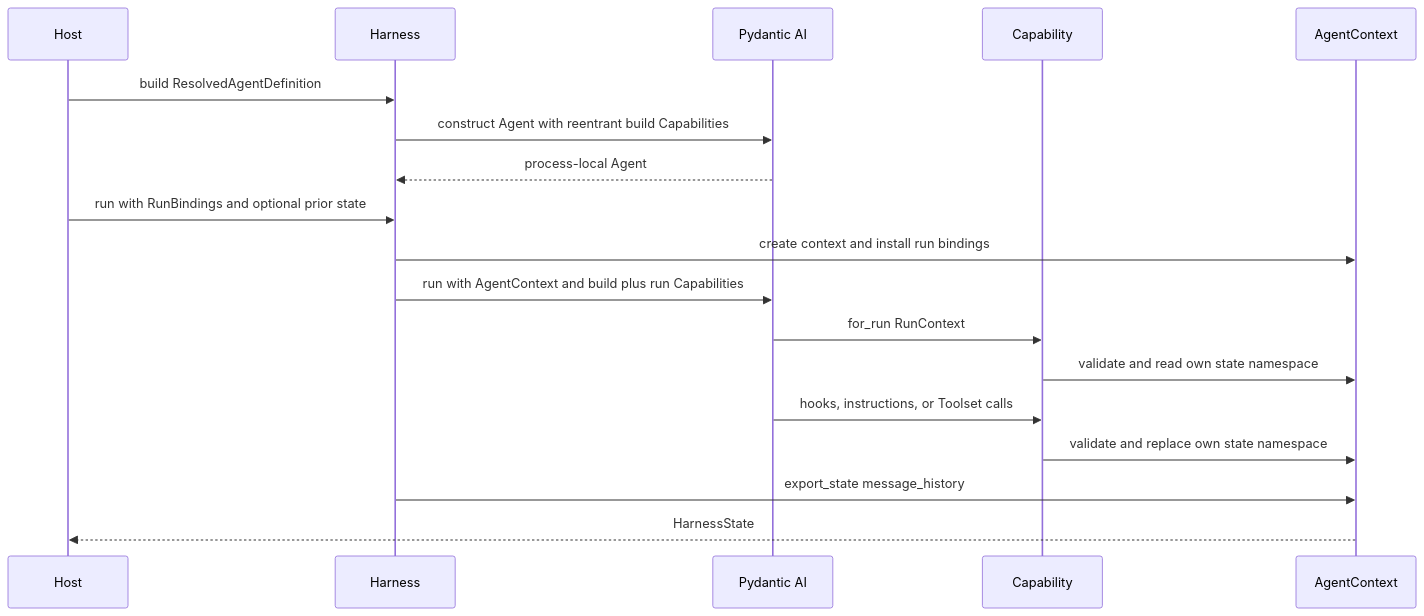
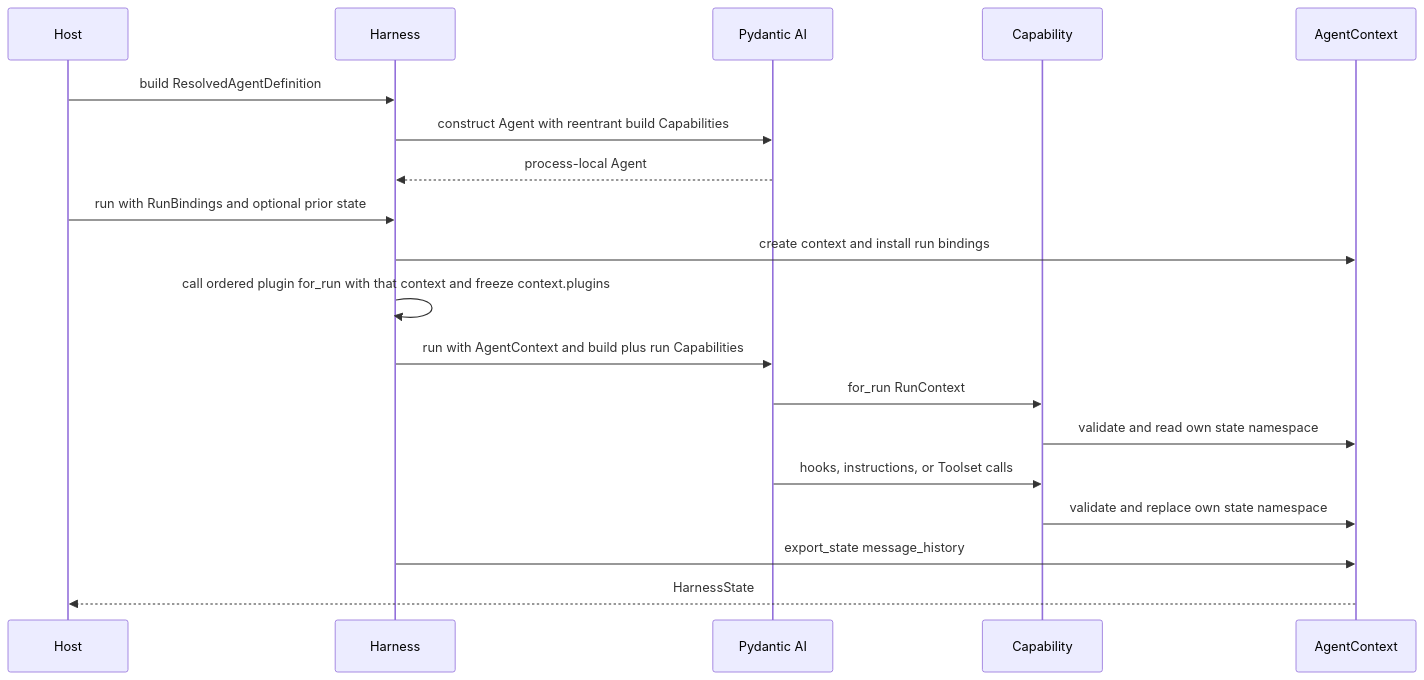
The second of 3 diagrams in spec/agent-harness/04-capability-model.md (LTThreeComma/agent-foundation), drawn with Mermaid before and after one commit. The commit also changed other lines of this file and 21 other files, not shown here.

First line of the commit message:
feat(harness): define first-class plugin lifecycle

````diff
--- a/spec/agent-harness/04-capability-model.md
+++ b/spec/agent-harness/04-capability-model.md
@@ -174,21 +179,22 @@
 ```mermaid
 sequenceDiagram
     participant Host
     participant Harness
     participant PAI as Pydantic AI
     participant Capability
     participant Context as AgentContext
 
     Host->>Harness: build ResolvedAgentDefinition
     Harness->>PAI: construct Agent with reentrant build Capabilities
     PAI-->>Harness: process-local Agent
     Host->>Harness: run with RunBindings and optional prior state
     Harness->>Context: create context and install run bindings
+    Harness->>Harness: call ordered plugin for_run with that context and freeze context.plugins
     Harness->>PAI: run with AgentContext and build plus run Capabilities
     PAI->>Capability: for_run RunContext
     Capability->>Context: validate and read own state namespace
     PAI->>Capability: hooks, instructions, or Toolset calls
     Capability->>Context: validate and replace own state namespace
     Harness->>Context: export_state message_history
     Context-->>Host: HarnessState
 ```
````
